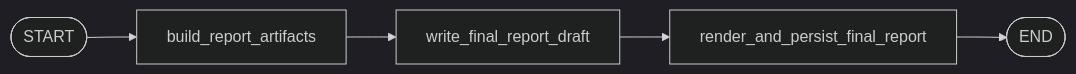
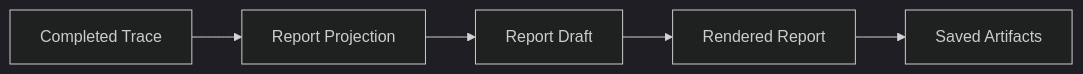
Before and after one commit to keonho-kim/simula: the diagram in docs/workflows/finalization.md, drawn with Mermaid (dark theme). The commit also changed other lines of this file and 513 other files, not shown here.

````diff
--- a/docs/workflows/finalization.md
+++ b/docs/workflows/finalization.md
@@ -7,7 +7,7 @@
 ```mermaid
 flowchart LR
-    Start([START]) --> Artifacts["build_report_artifacts"]
-    Artifacts --> Draft["write_final_report_draft"]
-    Draft --> Render["render_and_persist_final_report"]
-    Render --> End([END])
+    Trace["Completed Trace"] --> Projection["Report Projection"]
+    Projection --> Draft["Report Draft"]
+    Draft --> Render["Rendered Report"]
+    Render --> Artifacts["Saved Artifacts"]
 ```
````
